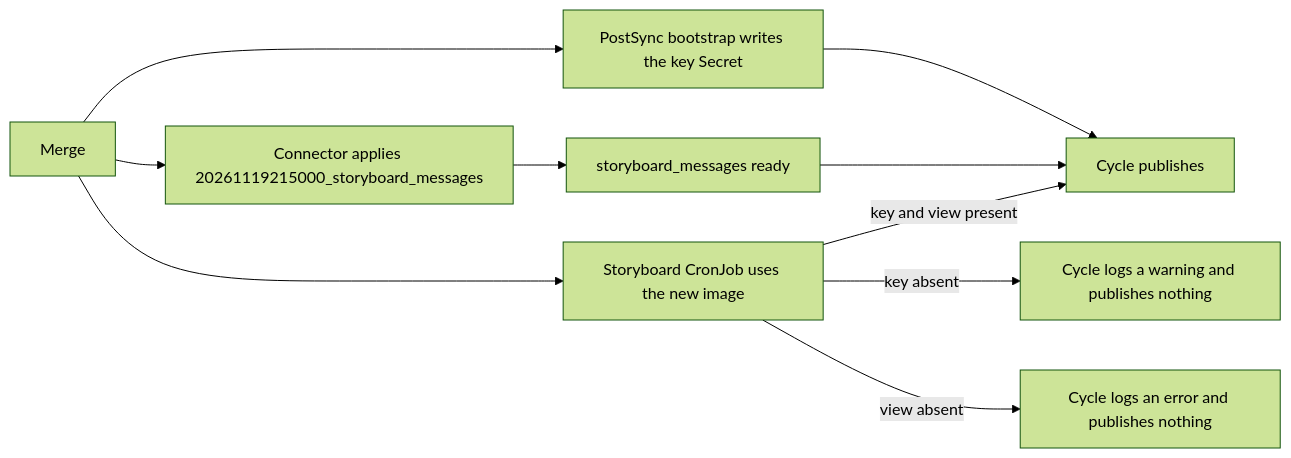
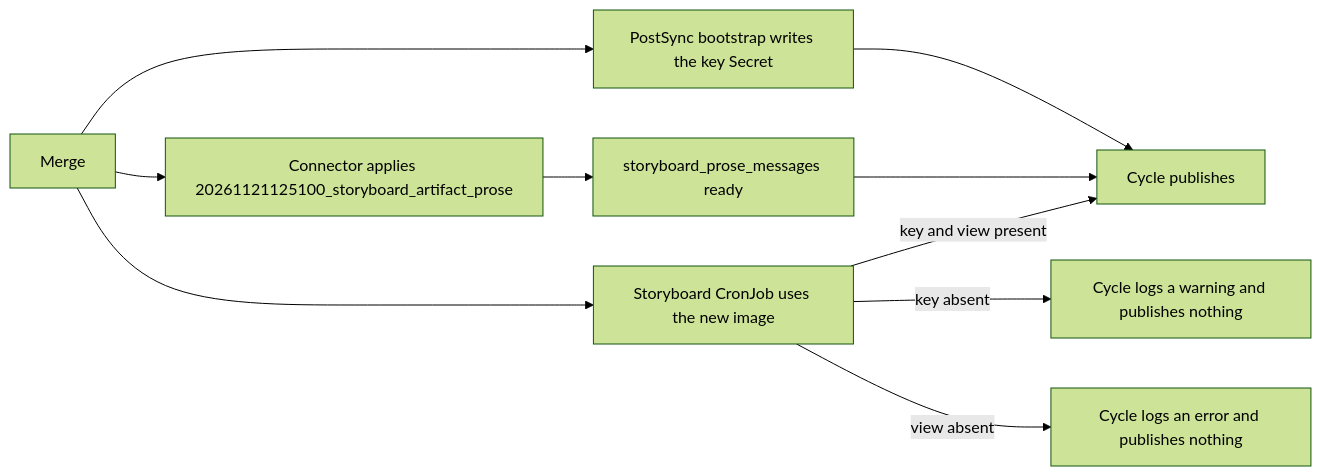
The diagram in projects/factory-storyboard/README.md (jomcgi-org/homelab), drawn with Mermaid (forest theme) before and after one commit. The commit also changed other lines of this file and 7 other files, not shown here.

First line of the commit message:
fix(storyboard): restore prior prose selection on pin rollback

````diff
--- a/projects/factory-storyboard/README.md
+++ b/projects/factory-storyboard/README.md
@@ -157,12 +159,12 @@
 ```mermaid
 flowchart LR
-  M[Merge] --> C["Connector applies 20261119215000_storyboard_messages"]
+  M[Merge] --> C["Connector applies 20261121125100_storyboard_artifact_prose"]
   M --> B["PostSync bootstrap writes the key Secret"]
   M --> S["Storyboard CronJob uses the new image"]
-  C --> R[storyboard_messages ready]
+  C --> R[storyboard_prose_messages ready]
   S -->|key absent| K["Cycle logs a warning and publishes nothing"]
   S -->|view absent| N["Cycle logs an error and publishes nothing"]
   S -->|key and view present| P[Cycle publishes]
   R --> P
   B --> P
 ```
````
